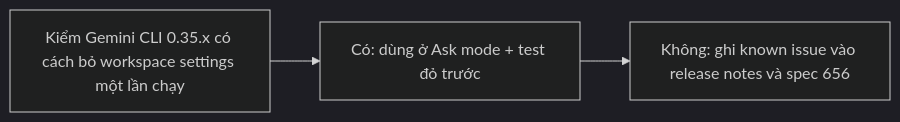
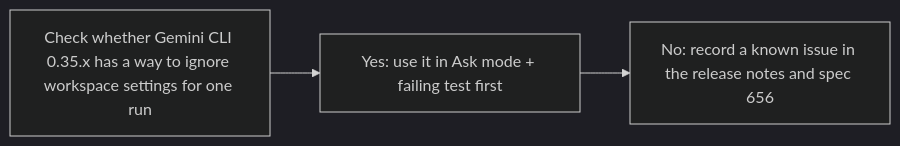
The diagram in plans/specs/v0.7-effects-export/us/US-13.md (jangtrinh/design-os-studio), drawn with Mermaid (dark theme) before and after one commit. The commit also changed other lines of this file and 38 other files, not shown here.

````diff
--- a/plans/specs/v0.7-effects-export/us/US-13.md
+++ b/plans/specs/v0.7-effects-export/us/US-13.md
@@ -38,5 +38,5 @@
 ```mermaid
 flowchart LR
-  A["Kiểm Gemini CLI 0.35.x có cách bỏ workspace settings một lần chạy"] --> B["Có: dùng ở Ask mode + test đỏ trước"]
-  B --> C["Không: ghi known issue vào release notes và spec 656"]
+  A["Check whether Gemini CLI 0.35.x has a way to ignore workspace settings for one run"] --> B["Yes: use it in Ask mode + failing test first"]
+  B --> C["No: record a known issue in the release notes and spec 656"]
 ```
````
